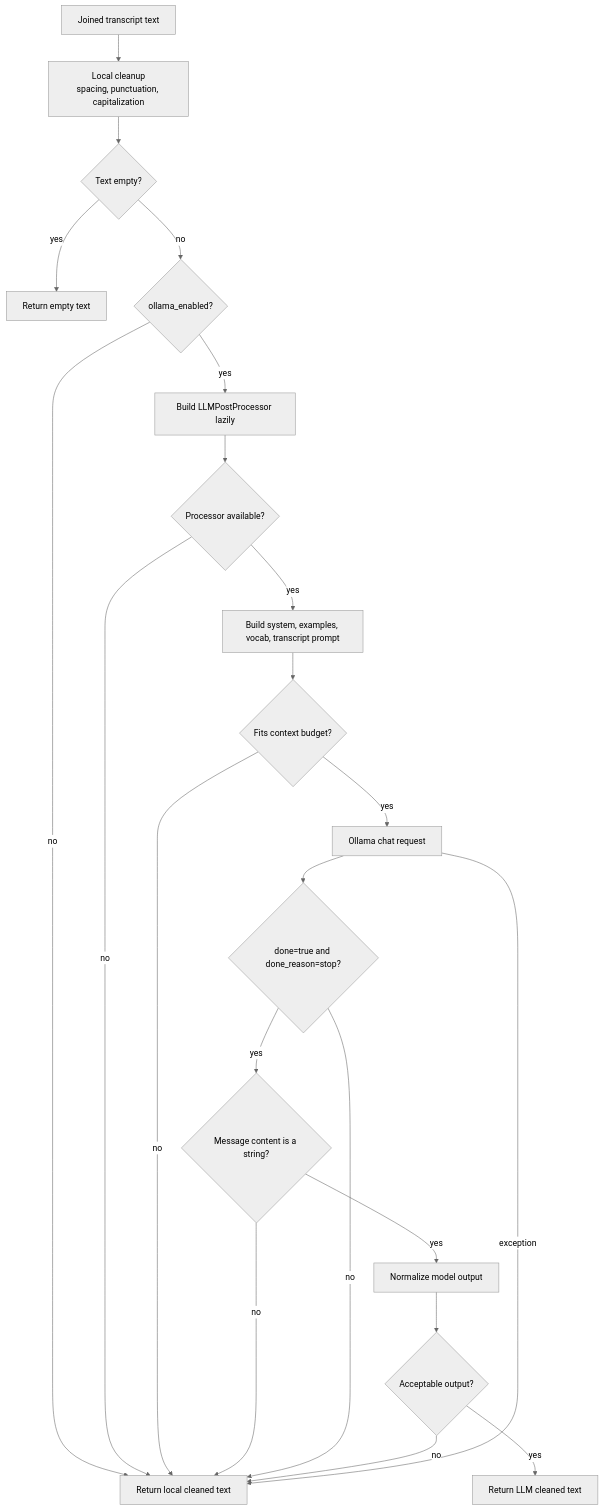
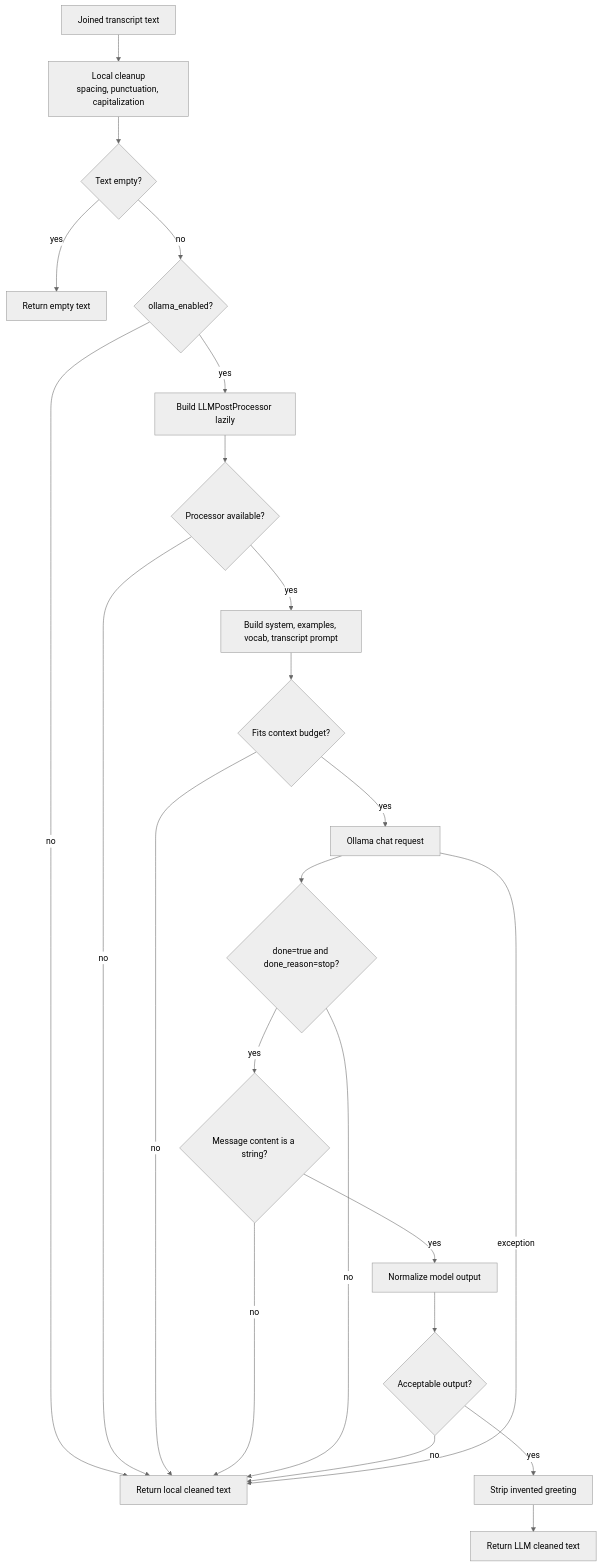
Before and after one commit to laceyp99/murmur: the third of 3 diagrams in docs/transcription-and-cleanup.md, drawn with Mermaid (neutral theme). The commit also changed other lines of this file and 7 other files, not shown here.

````diff
--- a/docs/transcription-and-cleanup.md
+++ b/docs/transcription-and-cleanup.md
@@ -92,24 +92,25 @@
 ```mermaid
 flowchart TB
     RawText["Joined transcript text"] --> LocalCleanup["Local cleanup<br/>spacing, punctuation, capitalization"]
     LocalCleanup --> Empty{"Text empty?"}
     Empty -->|yes| ReturnEmpty["Return empty text"]
     Empty -->|no| Enabled{"ollama_enabled?"}
     Enabled -->|no| ReturnLocal["Return local cleaned text"]
     Enabled -->|yes| BuildProcessor["Build LLMPostProcessor lazily"]
     BuildProcessor --> Available{"Processor available?"}
     Available -->|no| ReturnLocal
     Available -->|yes| BuildMessages["Build system, examples, vocab, transcript prompt"]
     BuildMessages --> Budget{"Fits context budget?"}
     Budget -->|no| ReturnLocal
     Budget -->|yes| Ollama["Ollama chat request"]
     Ollama --> Completion{"done=true and done_reason=stop?"}
     Completion -->|yes| Content{"Message content is a string?"}
     Content -->|yes| Normalize["Normalize model output"]
     Content -->|no| ReturnLocal
     Completion -->|no| ReturnLocal
     Normalize --> Gate{"Acceptable output?"}
-    Gate -->|yes| ReturnLLM["Return LLM cleaned text"]
+    Gate -->|yes| Greeting["Strip invented greeting"]
+    Greeting --> ReturnLLM["Return LLM cleaned text"]
     Gate -->|no| ReturnLocal
     Ollama -->|exception| ReturnLocal
 ```
````
